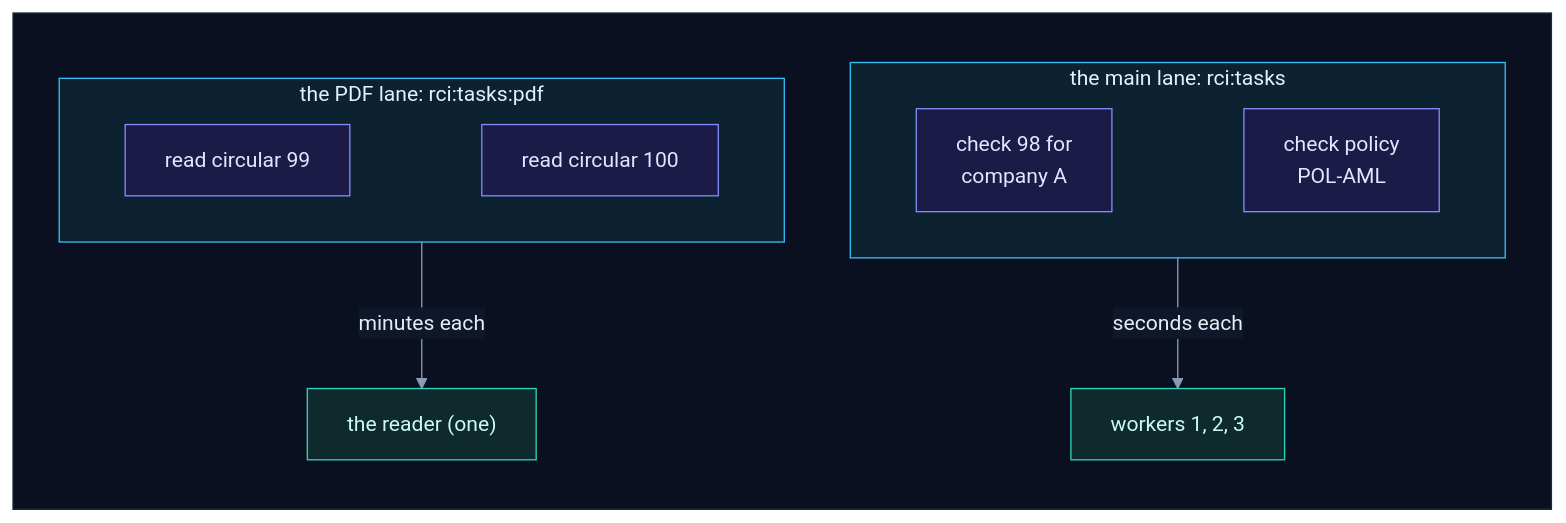
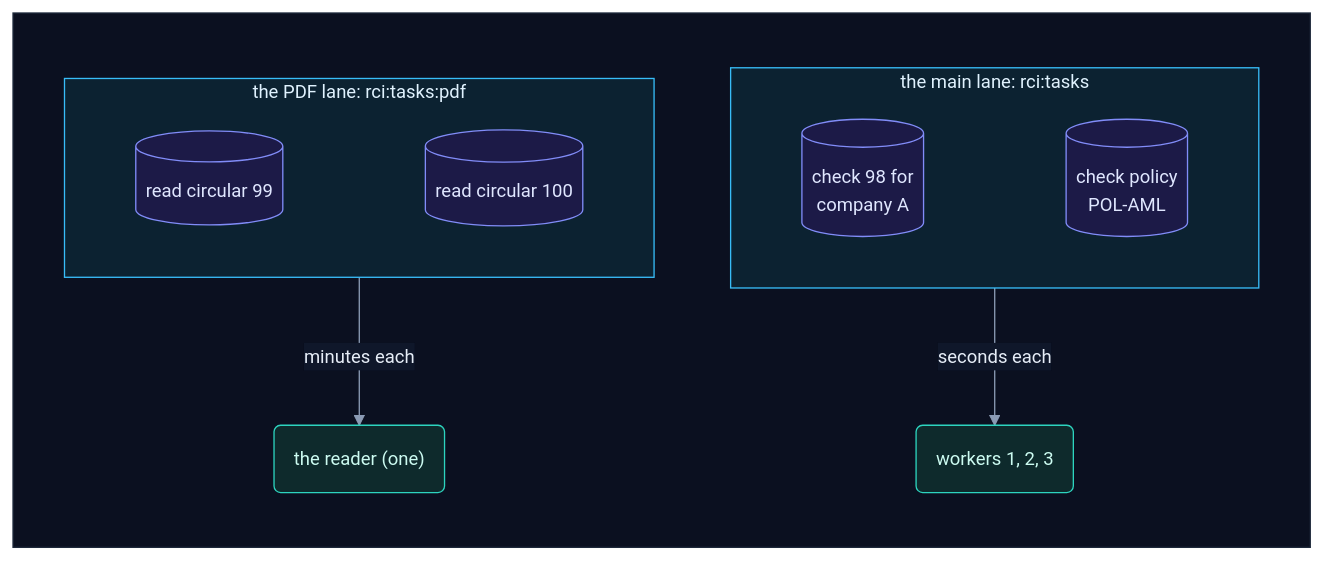
Before and after one commit to selvakumarperumal/Regulatory_Circular_Impact_Agent: the third of 8 diagrams in system_overview.md, drawn with Mermaid. The commit also changed other lines of this file and 5 other files, not shown here.

Commit message:
Give the docs' flowcharts a shape per kind of part, more room and slightly smaller text

````diff
--- a/system_overview.md
+++ b/system_overview.md
@@ -130,24 +130,24 @@
 ```mermaid
-%%{init: {"theme": "base", "flowchart": {"diagramPadding": 0}, "themeVariables": {"darkMode": true, "primaryColor": "#16213a", "primaryTextColor": "#e6edf7", "primaryBorderColor": "#475a7a", "lineColor": "#8b9bb4", "secondaryColor": "#1b2436", "tertiaryColor": "#101a2e", "edgeLabelBackground": "#0f172a", "textColor": "#e2e8f0", "clusterBkg": "#0f1728", "clusterBorder": "#2b3a55", "titleColor": "#c4b5fd", "nodeTextColor": "#e6edf7"}}}%%
+%%{init: {"theme": "base", "flowchart": {"diagramPadding": 0, "nodeSpacing": 58, "rankSpacing": 58, "curve": "basis"}, "themeVariables": {"fontSize": "14px", "darkMode": true, "primaryColor": "#16213a", "primaryTextColor": "#e6edf7", "primaryBorderColor": "#475a7a", "lineColor": "#8b9bb4", "secondaryColor": "#1b2436", "tertiaryColor": "#101a2e", "edgeLabelBackground": "#0f172a", "textColor": "#e2e8f0", "clusterBkg": "#0f1728", "clusterBorder": "#2b3a55", "titleColor": "#c4b5fd", "nodeTextColor": "#e6edf7"}}}%%
 flowchart TD
     subgraph canvas[" "]
         direction TB
         subgraph pdf["the PDF lane: rci:tasks:pdf"]
             direction LR
-            p1["read circular 99"] ~~~ p2["read circular 100"]
+            p1[("read circular 99")] ~~~ p2[("read circular 100")]
         end
         subgraph main["the main lane: rci:tasks"]
             direction LR
-            m1["check 98 for<br/>company A"] ~~~ m2["check policy<br/>POL-AML"]
+            m1[("check 98 for<br/>company A")] ~~~ m2[("check policy<br/>POL-AML")]
         end
-        pdf -->|"minutes each"| R["the reader (one)"]
-        main -->|"seconds each"| K["workers 1, 2, 3"]
+        pdf -->|"minutes each"| R("the reader (one)")
+        main -->|"seconds each"| K("workers 1, 2, 3")
     end
     classDef data fill:#1c1a47,stroke:#818cf8,color:#e0e7ff
     classDef svc fill:#0e2a2c,stroke:#2dd4bf,color:#ccfbf1
     class p1,p2,m1,m2 data
     class R,K svc
     style pdf fill:#0c2231,stroke:#38bdf8,color:#e0f2fe
     style main fill:#0c2231,stroke:#38bdf8,color:#e0f2fe
     style canvas fill:#0b1020,stroke:#1e293b,color:#0b1020
 ```
````
